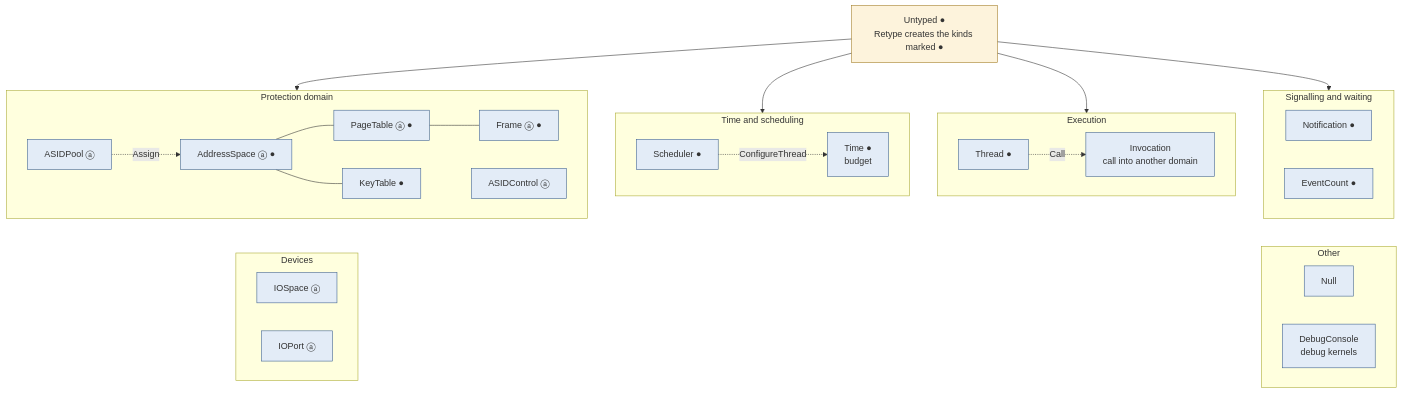
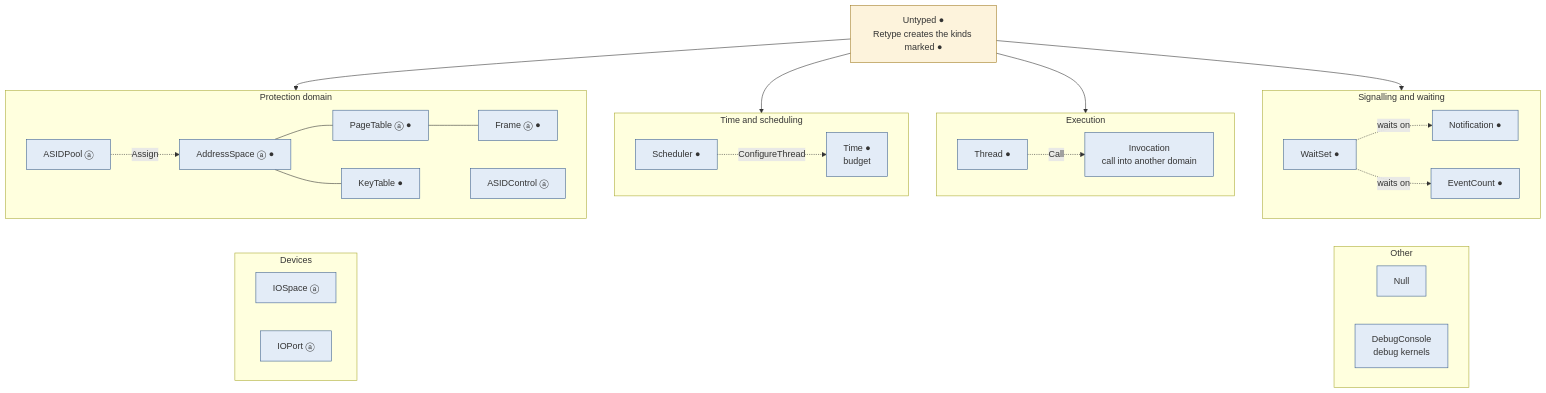
Before and after one commit to metta-systems/vesper: the first of 2 diagrams in doc/object_types/README.md, drawn with Mermaid. The commit also changed other lines of this file and 26 other files, not shown here.

First line of the commit message:
feat(kernel): ✨ Add WaitSet

````diff
--- a/doc/object_types/README.md
+++ b/doc/object_types/README.md
@@ -49,56 +50,59 @@
 ```mermaid
 flowchart TB
     untyped["Untyped ●<br/>Retype creates the kinds marked ●"]
 
     subgraph domain["Protection domain"]
         address_space["AddressSpace ⓐ ●"]
         page_table["PageTable ⓐ ●"]
         frame["Frame ⓐ ●"]
         key_table["KeyTable ●"]
         asid_pool["ASIDPool ⓐ"]
         asid_control["ASIDControl ⓐ"]
         asid_pool -.->|Assign| address_space
         address_space --- page_table
         page_table --- frame
         address_space --- key_table
     end
 
     subgraph execution["Execution"]
         thread["Thread ●"]
         invocation["Invocation<br/>call into another domain"]
         thread -.->|Call| invocation
     end
 
     subgraph scheduling["Time and scheduling"]
         scheduler["Scheduler ●"]
         time["Time ●<br/>budget"]
         scheduler -.->|ConfigureThread| time
     end
 
     subgraph events["Signalling and waiting"]
         notification["Notification ●"]
         event_count["EventCount ●"]
+        wait_set["WaitSet ●"]
+        wait_set -.->|waits on| notification
+        wait_set -.->|waits on| event_count
     end
 
     subgraph devices["Devices"]
         io_space["IOSpace ⓐ"]
         io_port["IOPort ⓐ"]
     end
 
     subgraph other["Other"]
         null["Null"]
         debug_console["DebugConsole<br/>debug kernels"]
     end
 
     untyped --> domain
     untyped --> execution
     untyped --> scheduling
     untyped --> events
     domain ~~~ devices
     events ~~~ other
 
     classDef kind fill:#e3ecf7,stroke:#3b5f8f
     classDef root fill:#fdf3dc,stroke:#a07a20
     class untyped root
-    class address_space,page_table,frame,key_table,asid_pool,asid_control,thread,invocation,scheduler,time,notification,event_count,io_space,io_port,null,debug_console kind
+    class address_space,page_table,frame,key_table,asid_pool,asid_control,thread,invocation,scheduler,time,notification,event_count,wait_set,io_space,io_port,null,debug_console kind
 ```
````
